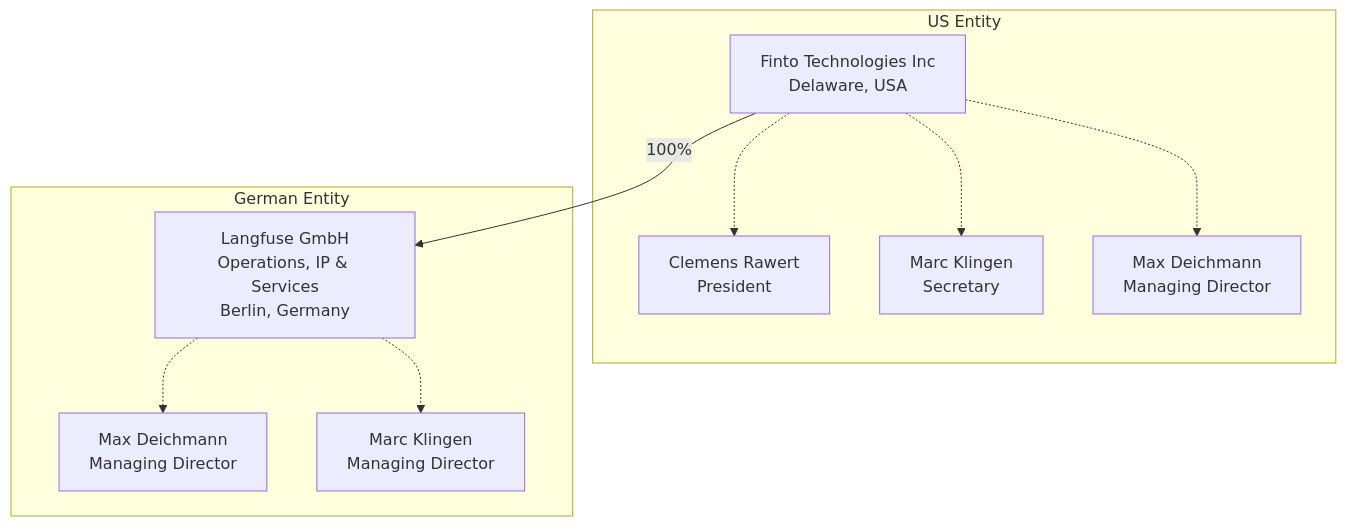
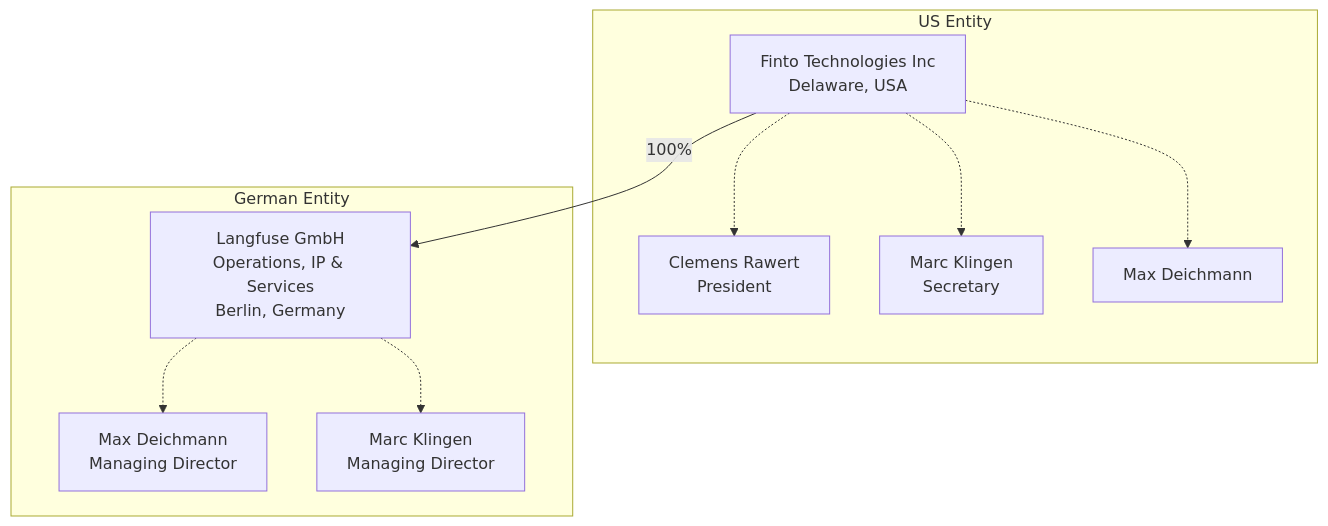
One commit to langfuse/langfuse-docs changed the diagram in pages/handbook/operations/entity-structure.mdx. Above: the diagram before and after it, drawn with Mermaid.

````diff
--- a/pages/handbook/operations/entity-structure.mdx
+++ b/pages/handbook/operations/entity-structure.mdx
@@ -13,24 +13,24 @@
 ```mermaid
 graph TD
     subgraph "US Entity"
         A["Finto Technologies Inc<br/>Delaware, USA"]
         E["Clemens Rawert<br/>President"]
         D["Marc Klingen<br/>Secretary"]
-        C["Max Deichmann<br/>Managing Director"]
+        C["Max Deichmann"]
     end
 
     subgraph "German Entity"
         B["Langfuse GmbH<br/>Operations, IP & Services<br/>Berlin, Germany"]
         F["Max Deichmann<br/>Managing Director"]
         G["Marc Klingen<br/>Managing Director"]
     end
 
     A --> |100%| B
 
     A -.-> C
     A -.-> D
     A -.-> E
 
     B -.-> F
     B -.-> G
 ```
````
